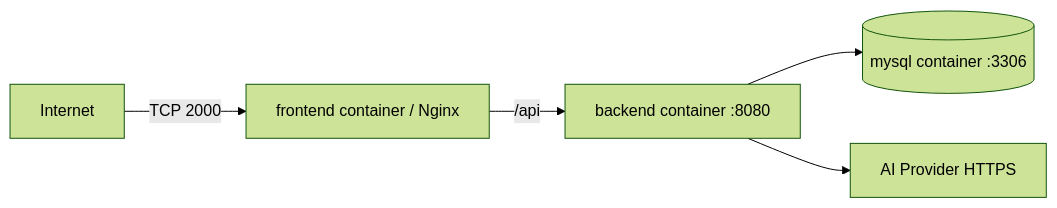
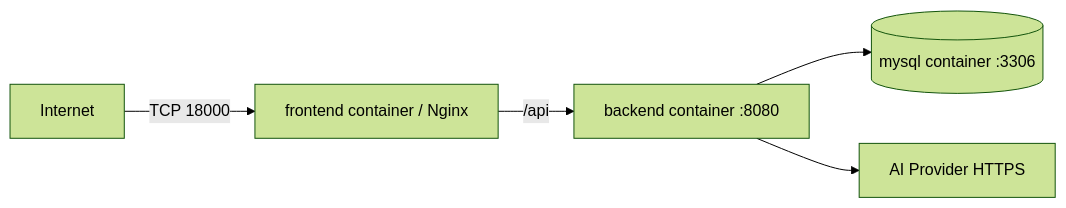
The third of 3 diagrams in docs/architecture.md (maple0511/vueblog), drawn with Mermaid (forest theme) before and after one commit. The commit also changed other lines of this file and 5 other files, not shown here.

````diff
--- a/docs/architecture.md
+++ b/docs/architecture.md
@@ -39,7 +39,7 @@
 ```mermaid
 flowchart LR
-  Internet -->|TCP 2000| FE[frontend container / Nginx]
+  Internet -->|TCP 18000| FE[frontend container / Nginx]
   FE -->|/api| BE[backend container :8080]
   BE --> DB[(mysql container :3306)]
   BE --> AI[AI Provider HTTPS]
 ```
````
